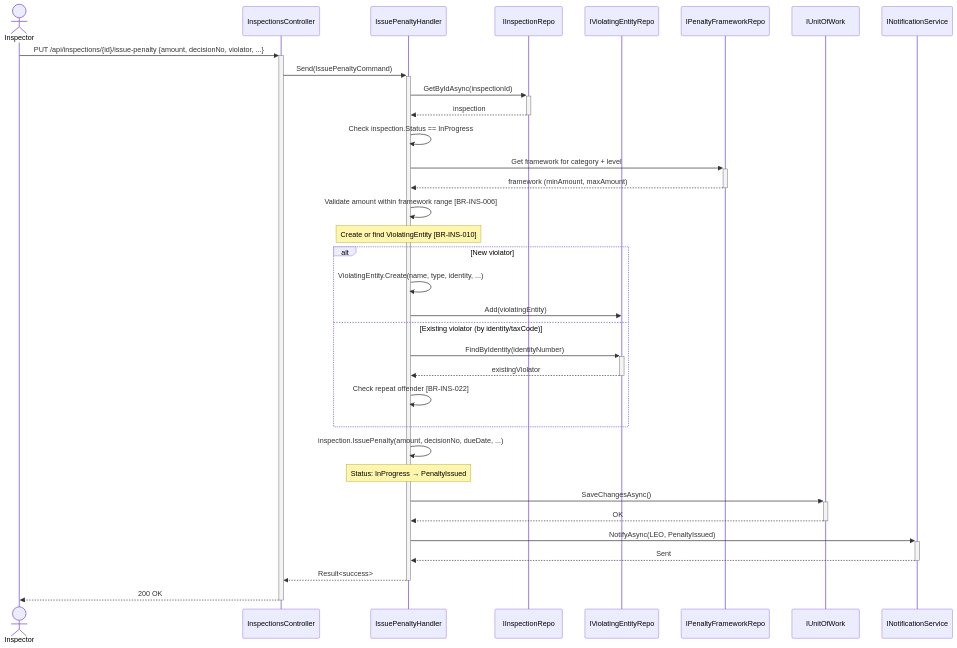
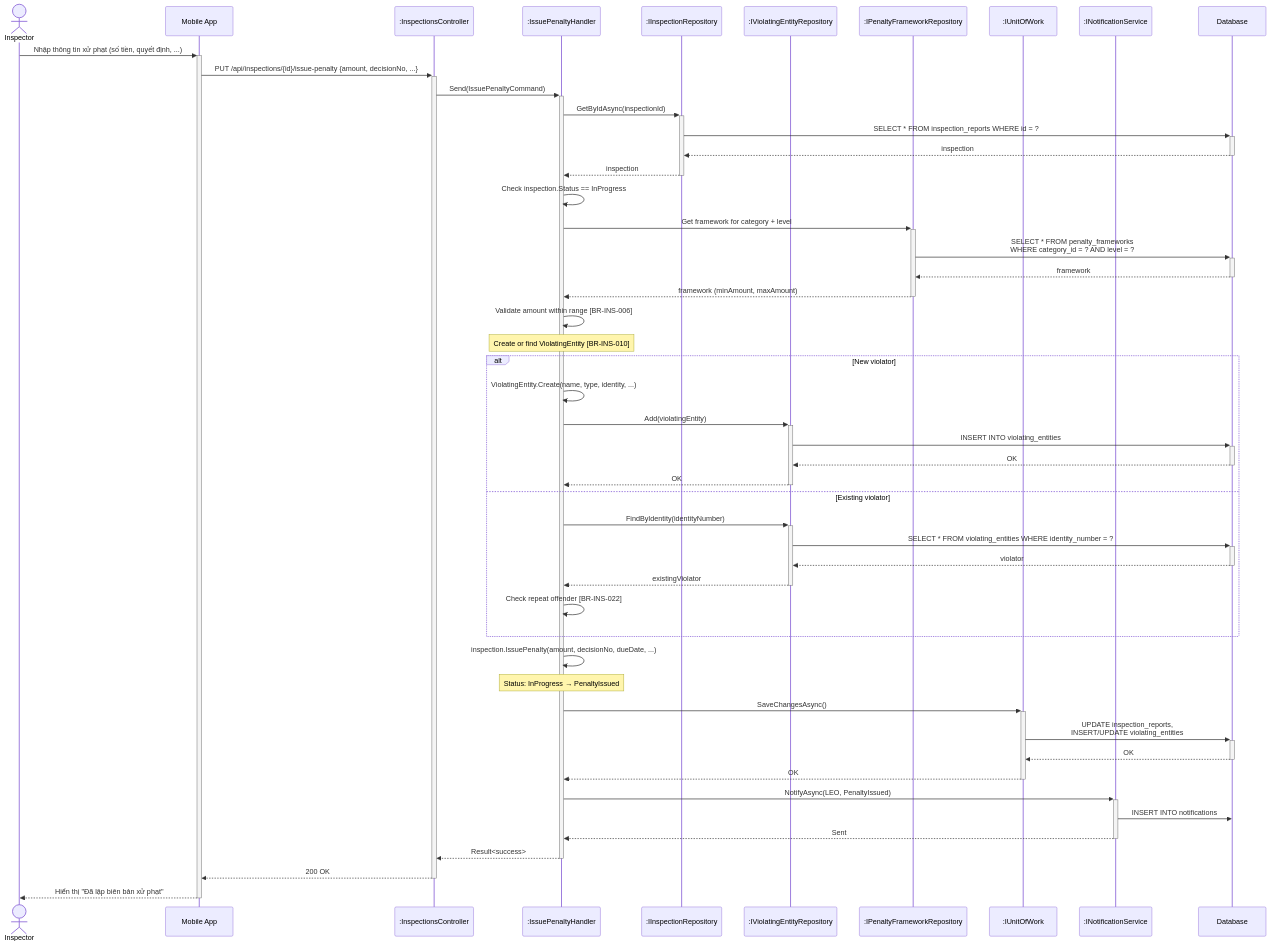
Before and after one commit to Capstonne-Project/greenlens-service: diagram 15 of 25 in docs/BusinessRule/SEQUENCE_DIAGRAMS.md, drawn with Mermaid. The commit also changed other lines of this file, not shown here.

Commit message:
fix(docs): enhance format sequence diagram

````diff
--- a/docs/BusinessRule/SEQUENCE_DIAGRAMS.md
+++ b/docs/BusinessRule/SEQUENCE_DIAGRAMS.md
@@ -681,46 +845,60 @@
 ```mermaid
 sequenceDiagram
     actor Inspector
-    participant API as InspectionsController
-    participant Handler as IssuePenaltyHandler
-    participant InspRepo as IInspectionRepo
-    participant ViolRepo as IViolatingEntityRepo
-    participant FrameRepo as IPenaltyFrameworkRepo
-    participant DB as IUnitOfWork
-    participant Notif as INotificationService
+    participant App as Mobile App
+    participant Ctrl as :InspectionsController
+    participant Hdl as :IssuePenaltyHandler
+    participant InspRepo as :IInspectionRepository
+    participant ViolRepo as :IViolatingEntityRepository
+    participant FwRepo as :IPenaltyFrameworkRepository
+    participant UoW as :IUnitOfWork
+    participant Notif as :INotificationService
+    participant DB as Database
 
-    Inspector->>+API: PUT /api/inspections/{id}/issue-penalty {amount, decisionNo, violator, ...}
-    API->>+Handler: Send(IssuePenaltyCommand)
+    Inspector->>+App: Nhập thông tin xử phạt (số tiền, quyết định, ...)
+    App->>+Ctrl: PUT /api/inspections/{id}/issue-penalty {amount, decisionNo, ...}
+    Ctrl->>+Hdl: Send(IssuePenaltyCommand)
 
-    Handler->>+InspRepo: GetByIdAsync(inspectionId)
-    InspRepo-->>-Handler: inspection
+    Hdl->>+InspRepo: GetByIdAsync(inspectionId)
+    InspRepo->>+DB: SELECT * FROM inspection_reports WHERE id = ?
+    DB-->>-InspRepo: inspection
+    InspRepo-->>-Hdl: inspection
+    Hdl->>Hdl: Check inspection.Status == InProgress
 
-    Handler->>Handler: Check inspection.Status == InProgress
+    Hdl->>+FwRepo: Get framework for category + level
+    FwRepo->>+DB: SELECT * FROM penalty_frameworks<br/>WHERE category_id = ? AND level = ?
+    DB-->>-FwRepo: framework
+    FwRepo-->>-Hdl: framework (minAmount, maxAmount)
+    Hdl->>Hdl: Validate amount within range [BR-INS-006]
 
-    Handler->>+FrameRepo: Get framework for category + level
-    FrameRepo-->>-Handler: framework (minAmount, maxAmount)
-
-    Handler->>Handler: Validate amount within framework range [BR-INS-006]
-
-    Note over Handler: Create or find ViolatingEntity [BR-INS-010]
+    Note over Hdl: Create or find ViolatingEntity [BR-INS-010]
     alt New violator
-        Handler->>Handler: ViolatingEntity.Create(name, type, identity, ...)
-        Handler->>ViolRepo: Add(violatingEntity)
-    else Existing violator (by identity/taxCode)
-        Handler->>+ViolRepo: FindByIdentity(identityNumber)
-        ViolRepo-->>-Handler: existingViolator
-        Handler->>Handler: Check repeat offender [BR-INS-022]
+        Hdl->>Hdl: ViolatingEntity.Create(name, type, identity, ...)
+        Hdl->>+ViolRepo: Add(violatingEntity)
+        ViolRepo->>+DB: INSERT INTO violating_entities
+        DB-->>-ViolRepo: OK
+        ViolRepo-->>-Hdl: OK
+    else Existing violator
+        Hdl->>+ViolRepo: FindByIdentity(identityNumber)
+        ViolRepo->>+DB: SELECT * FROM violating_entities WHERE identity_number = ?
+        DB-->>-ViolRepo: violator
+        ViolRepo-->>-Hdl: existingViolator
+        Hdl->>Hdl: Check repeat offender [BR-INS-022]
     end
 
-    Handler->>Handler: inspection.IssuePenalty(amount, decisionNo, dueDate, ...)
-    Note over Handler: Status: InProgress → PenaltyIssued
+    Hdl->>Hdl: inspection.IssuePenalty(amount, decisionNo, dueDate, ...)
+    Note over Hdl: Status: InProgress → PenaltyIssued
 
-    Handler->>+DB: SaveChangesAsync()
-    DB-->>-Handler: OK
+    Hdl->>+UoW: SaveChangesAsync()
+    UoW->>+DB: UPDATE inspection_reports,<br/>INSERT/UPDATE violating_entities
+    DB-->>-UoW: OK
+    UoW-->>-Hdl: OK
 
-    Handler->>+Notif: NotifyAsync(LEO, PenaltyIssued)
-    Notif-->>-Handler: Sent
+    Hdl->>+Notif: NotifyAsync(LEO, PenaltyIssued)
+    Notif->>DB: INSERT INTO notifications
+    Notif-->>-Hdl: Sent
 
-    Handler-->>-API: Result<success>
-    API-->>-Inspector: 200 OK
+    Hdl-->>-Ctrl: Result<success>
+    Ctrl-->>-App: 200 OK
+    App-->>-Inspector: Hiển thị "Đã lập biên bản xử phạt"
 ```
````
